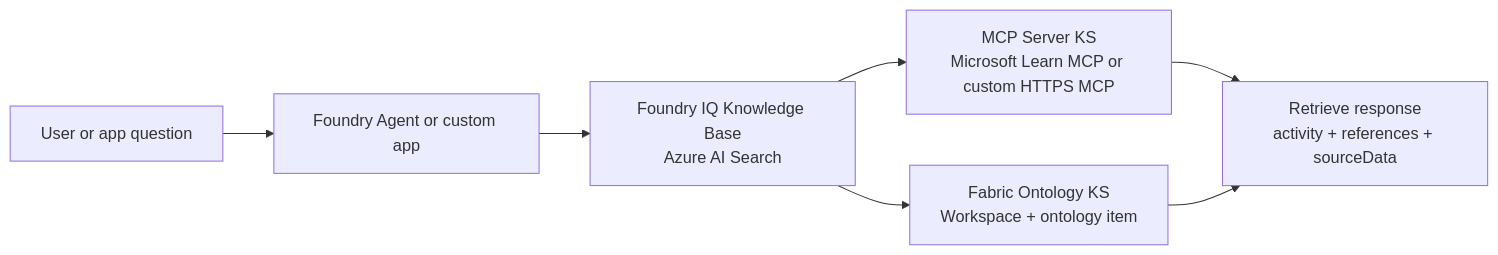
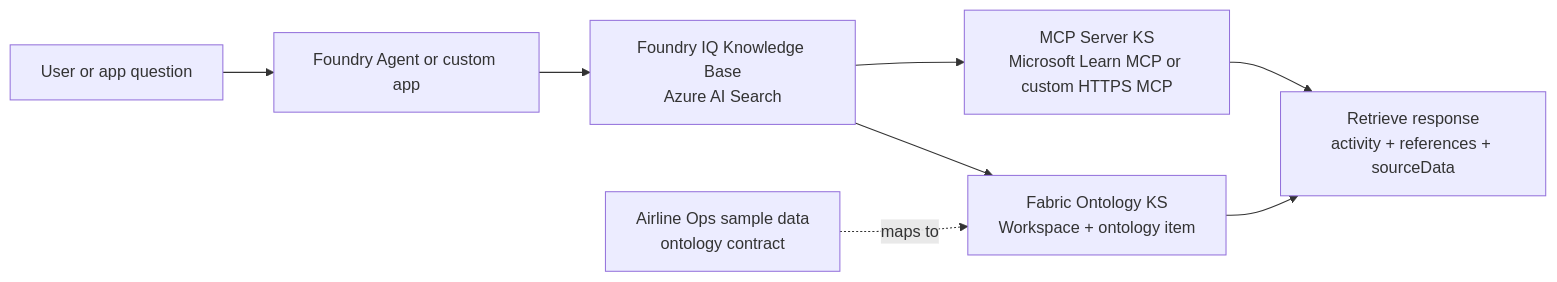
The diagram in README.md (microsoft/azure-ai-search-foundry-iq-live-knowledge-sources), drawn with Mermaid before and after one commit. The commit also changed other lines of this file and 88 other files, not shown here.

````diff
--- a/README.md
+++ b/README.md
@@ -33,15 +56,17 @@
 ```mermaid
 flowchart LR
   User["User or app question"]
   Agent["Foundry Agent or custom app"]
   KB["Foundry IQ Knowledge Base<br/>Azure AI Search"]
   MCP["MCP Server KS<br/>Microsoft Learn MCP or custom HTTPS MCP"]
   Fabric["Fabric Ontology KS<br/>Workspace + ontology item"]
+  Data["Airline Ops sample data<br/>ontology contract"]
   Trace["Retrieve response<br/>activity + references + sourceData"]
 
   User --> Agent --> KB
   KB --> MCP
   KB --> Fabric
+  Data -. maps to .-> Fabric
   MCP --> Trace
   Fabric --> Trace
 ```
````
